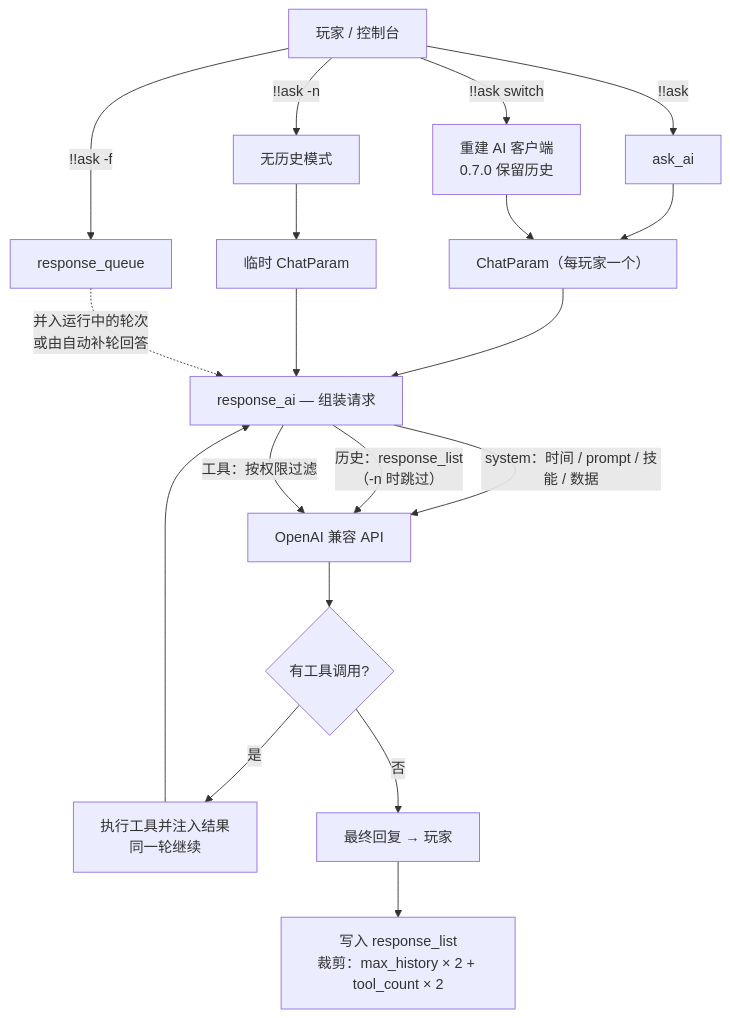
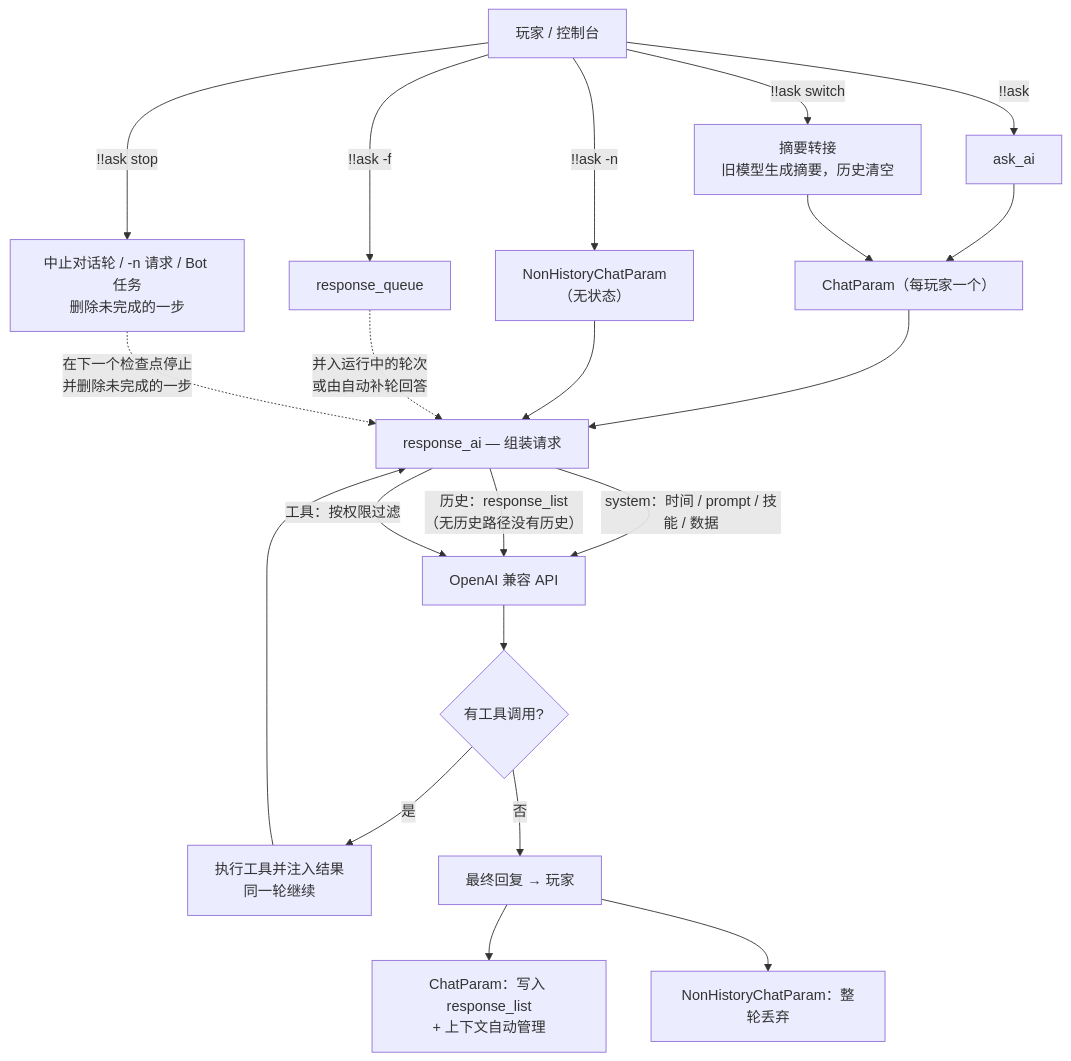
One commit to PengZixuan30/Games_AI changed the first of 2 diagrams in README.zh-CN.md. Above: the diagram before and after it, drawn with Mermaid. The commit also changed other lines of this file and 20 other files, not shown here.

````diff
--- a/README.zh-CN.md
+++ b/README.zh-CN.md
@@ -151,24 +162,26 @@
 ```mermaid
 flowchart TD
     U["玩家 / 控制台"] -->|"!!ask <content>"| ASK["ask_ai"]
-    U -->|"!!ask -n <content>"| NOH["无历史模式"]
+    U -->|"!!ask -n <content>"| NOH["NonHistoryChatParam<br/>（无状态）"]
     U -->|"!!ask -f <content>"| QUEUE["response_queue"]
-    U -->|"!!ask switch <model>"| SWITCH["重建 AI 客户端<br/>0.7.0 保留历史"]
+    U -->|"!!ask switch <model>"| SWITCH["摘要转接<br/>旧模型生成摘要，历史清空"]
+    U -->|"!!ask stop"| STOP["中止对话轮 / -n 请求 / Bot 任务<br/>删除未完成的一步"]
 
     ASK --> CP["ChatParam（每玩家一个）"]
-    NOH --> CPD["临时 ChatParam"]
     CP --> BUILD["response_ai — 组装请求"]
-    CPD --> BUILD
+    NOH --> BUILD
     BUILD -->|"system：时间 / prompt / 技能 / 数据"| API
-    BUILD -->|"历史：response_list<br/>（-n 时跳过）"| API
+    BUILD -->|"历史：response_list<br/>（无历史路径没有历史）"| API
     BUILD -->|"工具：按权限过滤"| API
 
     API["OpenAI 兼容 API"] --> TOOLCALL{"有工具调用?"}
     TOOLCALL -->|"是"| TOOL["执行工具并注入结果<br/>同一轮继续"]
     TOOL --> BUILD
     TOOLCALL -->|"否"| REPLY["最终回复 → 玩家"]
-    REPLY --> SAVE["写入 response_list<br/>裁剪：max_history × 2 + tool_count × 2"]
+    REPLY --> SAVE["ChatParam：写入 response_list<br/>+ 上下文自动管理"]
+    REPLY --> DROP["NonHistoryChatParam：整轮丢弃"]
 
     QUEUE -.->|"并入运行中的轮次<br/>或由自动补轮回答"| BUILD
     SWITCH --> CP
+    STOP -.->|"在下一个检查点停止<br/>并删除未完成的一步"| BUILD
 ```
````
